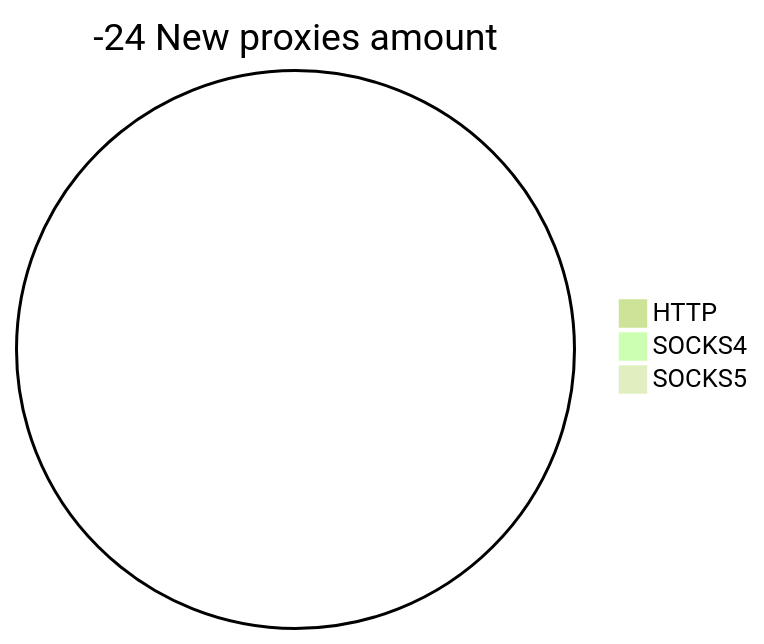
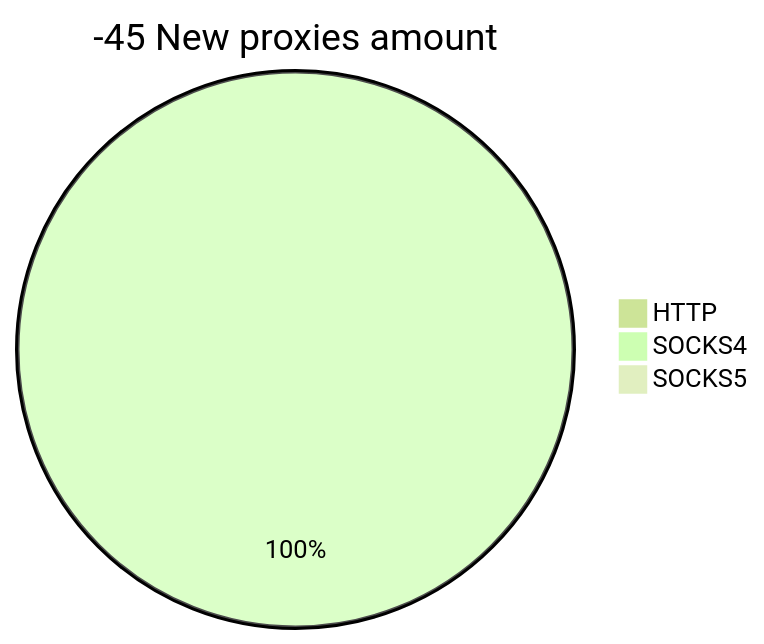
Before and after one commit to cutipu/proxylist: the second of 2 diagrams in README.md, drawn with Mermaid (forest theme). The commit also changed other lines of this file, not shown here.

````diff
--- a/README.md
+++ b/README.md
@@ -10,6 +10,6 @@
 ```mermaid
-pie title -24 New proxies amount
+pie title -45 New proxies amount
     "HTTP" : 0
-    "SOCKS4" : 0
+    "SOCKS4" : 4
     "SOCKS5" : 0
 ```
````
